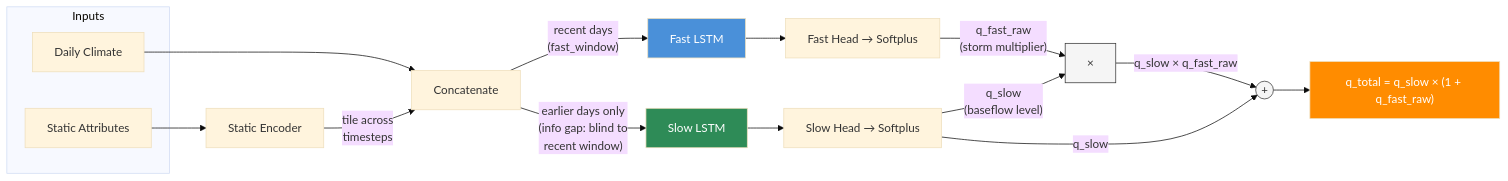
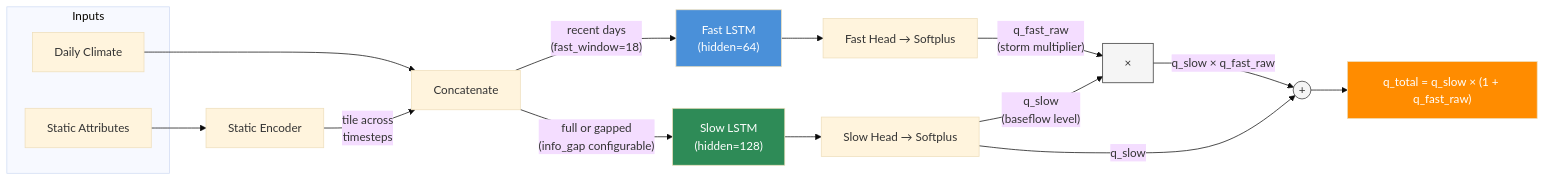
Before and after one commit to wyattarnold/neuralhyd-ca: the first of 3 diagrams in README.md, drawn with Mermaid (base theme). The commit also changed other lines of this file and 1165 other files, not shown here.

````diff
--- a/README.md
+++ b/README.md
@@ -15,31 +89,31 @@
 ```mermaid
 graph LR
     subgraph Inputs
         D["Daily Climate"]
         S["Static Attributes"]
     end
 
     S --> SE["Static Encoder"]
 
     SE --> |"tile across<br/>timesteps"| CAT["Concatenate"]
     D --> CAT
 
-    CAT --> |"recent days<br/>(fast_window)"| FAST["Fast LSTM"]
-    CAT --> |"earlier days only<br/>(info gap: blind to<br/>recent window)"| SLOW["Slow LSTM"]
+    CAT --> |"recent days<br/>(fast_window=18)"| FAST["Fast LSTM<br/>(hidden=64)"]
+    CAT --> |"full or gapped<br/>(info_gap configurable)"| SLOW["Slow LSTM<br/>(hidden=128)"]
 
     FAST --> FH["Fast Head → Softplus"]
     SLOW --> SLH["Slow Head → Softplus"]
 
     FH --> |"q_fast_raw<br/>(storm multiplier)"| MUL["×"]
     SLH --> |"q_slow<br/>(baseflow level)"| MUL
     SLH --> |"q_slow"| SUM(("+"))
     MUL --> |"q_slow × q_fast_raw"| SUM
 
     SUM --> Q["q_total = q_slow × (1 + q_fast_raw)"]
 
     style FAST fill:#4a90d9,color:#fff
     style SLOW fill:#2e8b57,color:#fff
     style MUL fill:#f5f5f5,stroke:#333
     style SUM fill:#f5f5f5,stroke:#333
     style Q fill:#ff8c00,color:#fff
 ```
````
